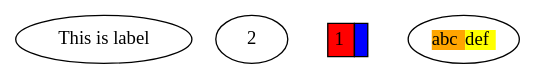
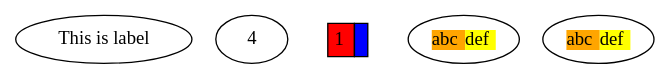
Before and after one commit to phani-gaddam/btp: the diagram in dot graphs/example.gv, drawn with Graphviz. The commit also changed 9 other files, not shown here.

Commit message:
dot graphs added final.py

```diff
--- a/dot graphs/example.gv
+++ b/dot graphs/example.gv
@@ -1,19 +1,33 @@
 digraph G {
 	"a dummy" [label="This is label"]
-	2
+	4 [tooltip=<
+    <table BORDER="0" CELLBORDER="1" CELLSPACING="0" CELLPADDING="4"> 
+        <tr>
+            <td bgcolor="red" port="L">1</td>
+            <td bgcolor="blue" port="R"></td>
+        </tr>   
+     </table>         >]
 	C [label=<
     <table BORDER="0" CELLBORDER="1" CELLSPACING="0" CELLPADDING="4"> 
         <tr>
             <td bgcolor="red" port="L">1</td>
             <td bgcolor="blue" port="R"></td>
         </tr>   
      </table>         > shape=none]
 	b [label=<
 <table cellpadding="0" cellborder="0" cellspacing="0" border="0">
 <tr>
 <td bgcolor="orange">abc</td>
 <td bgcolor="yellow">def</td>
 </tr>
 </table>
 >]
+	A [label=<
+<table cellpadding="0" cellborder="0" cellspacing="0" border="0" >
+<tr>
+<td bgcolor="orange" >abc</td>
+<td bgcolor="yellow">def</td>
+</tr>
+</table>
+>]
 }
```
